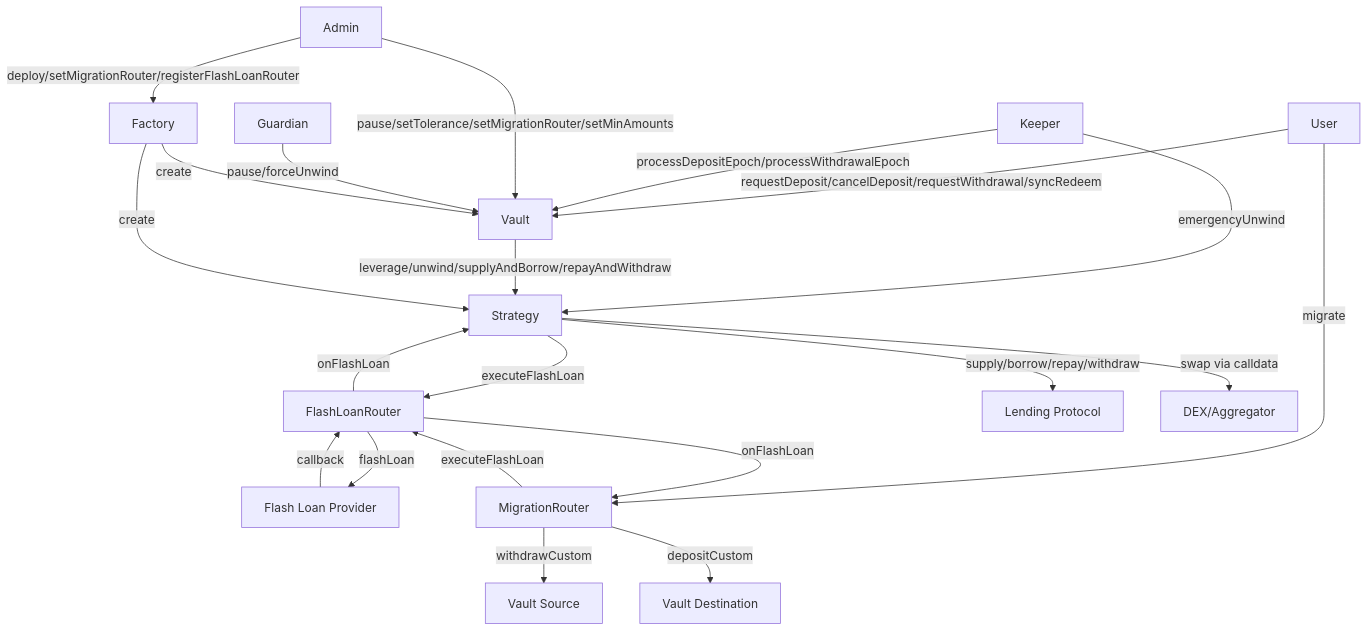
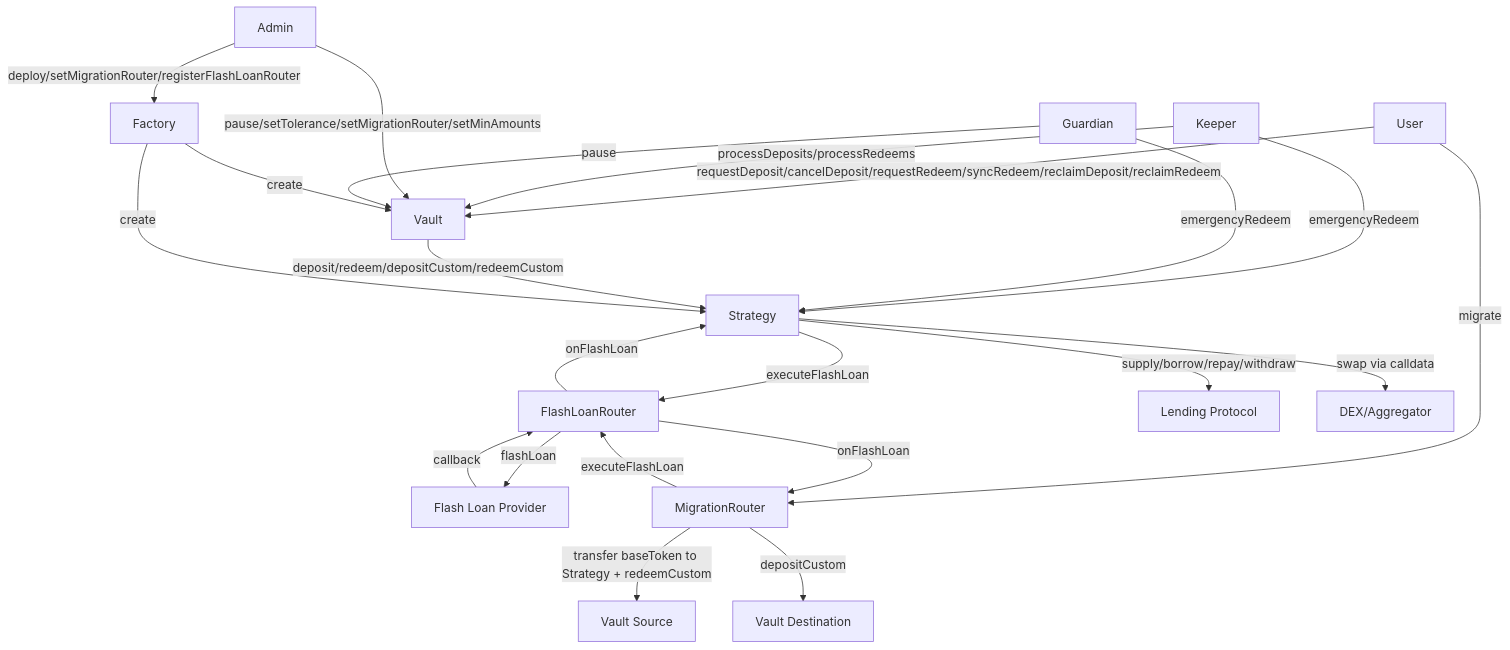
The diagram in docs/architecture/contracts.md (evgenynacu/leverage-vaults), drawn with Mermaid before and after one commit. The commit also changed other lines of this file and 10 other files, not shown here.

````diff
--- a/docs/architecture/contracts.md
+++ b/docs/architecture/contracts.md
@@ -18,23 +18,24 @@
 ```mermaid
 graph TD
-    User -->|requestDeposit/cancelDeposit/requestWithdrawal/syncRedeem| Vault
-    Keeper -->|processDepositEpoch/processWithdrawalEpoch| Vault
-    Keeper -->|emergencyUnwind| Strategy
+    User -->|requestDeposit/cancelDeposit/requestRedeem/syncRedeem/reclaimDeposit/reclaimRedeem| Vault
+    Keeper -->|processDeposits/processRedeems| Vault
+    Keeper -->|emergencyRedeem| Strategy
+    Guardian -->|emergencyRedeem| Strategy
     Admin -->|pause/setTolerance/setMigrationRouter/setMinAmounts| Vault
     Admin -->|deploy/setMigrationRouter/registerFlashLoanRouter| Factory
-    Guardian -->|pause/forceUnwind| Vault
-    Vault -->|leverage/unwind/supplyAndBorrow/repayAndWithdraw| Strategy
+    Guardian -->|pause| Vault
+    Vault -->|deposit/redeem/depositCustom/redeemCustom| Strategy
     Strategy -->|executeFlashLoan| FlashLoanRouter
     FlashLoanRouter -->|flashLoan| FlashProvider[Flash Loan Provider]
     FlashProvider -->|callback| FlashLoanRouter
     FlashLoanRouter -->|onFlashLoan| Strategy
     Strategy -->|supply/borrow/repay/withdraw| LendingProtocol[Lending Protocol]
     Strategy -->|swap via calldata| DEX[DEX/Aggregator]
     User -->|migrate| MigrationRouter
     MigrationRouter -->|executeFlashLoan| FlashLoanRouter
     FlashLoanRouter -->|onFlashLoan| MigrationRouter
-    MigrationRouter -->|withdrawCustom| VaultA[Vault Source]
+    MigrationRouter -->|transfer baseToken to Strategy + redeemCustom| VaultA[Vault Source]
     MigrationRouter -->|depositCustom| VaultB[Vault Destination]
     Factory -->|create| Vault
     Factory -->|create| Strategy
 ```
````
